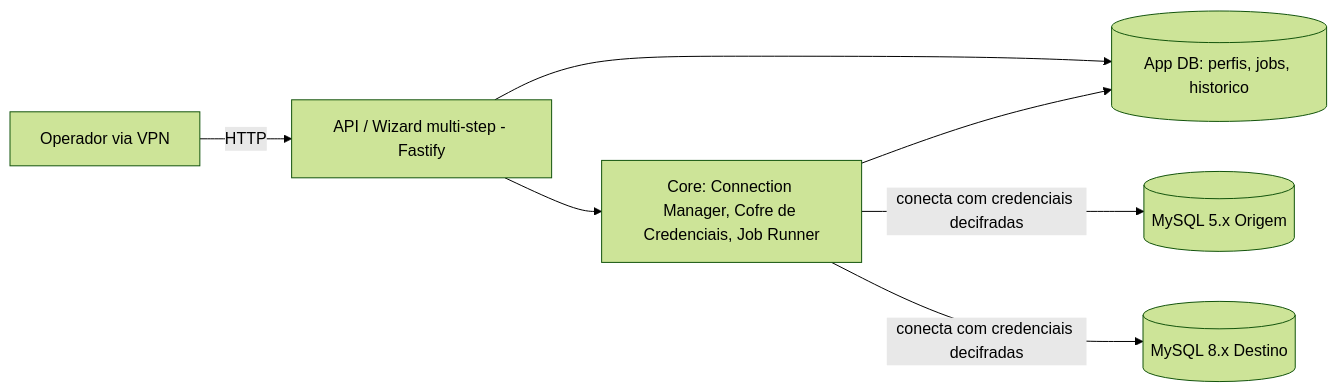
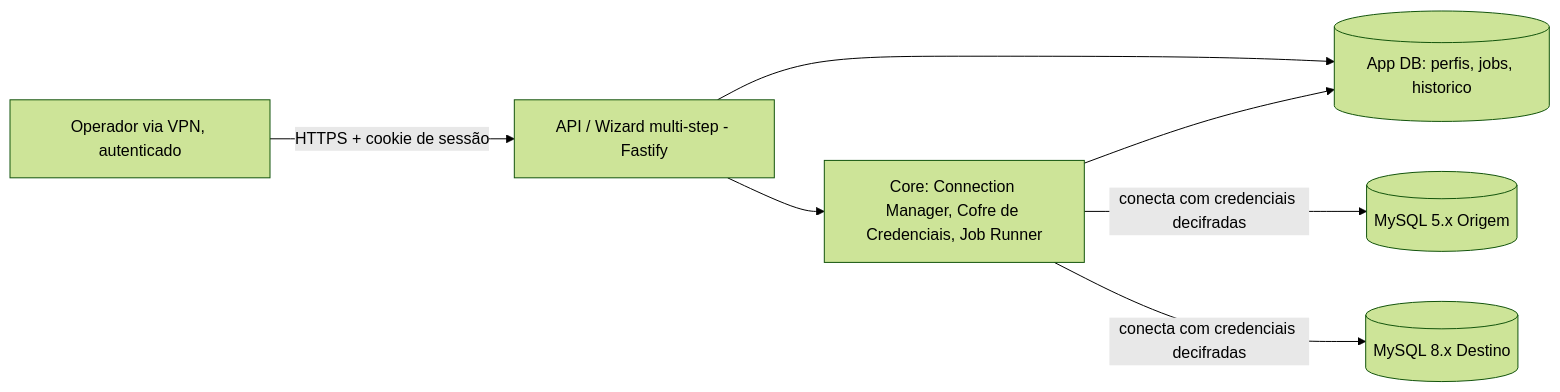
One commit to dsdbagui/migrar_db_mysql changed the diagram in docs/seguranca-e-stack.md. Above: the diagram before and after it, drawn with Mermaid (forest theme). The commit also changed other lines of this file and 67 other files, not shown here.

````diff
--- a/docs/seguranca-e-stack.md
+++ b/docs/seguranca-e-stack.md
@@ -27,9 +29,9 @@
 ```mermaid
 flowchart LR
-    Operador[Operador via VPN] -->|HTTP| API[API / Wizard multi-step - Fastify]
+    Operador[Operador via VPN, autenticado] -->|HTTPS + cookie de sessão| API[API / Wizard multi-step - Fastify]
     API --> Core[Core: Connection Manager, Cofre de Credenciais, Job Runner]
     API --> AppDB[(App DB: perfis, jobs, historico)]
     Core --> AppDB
     Core -->|conecta com credenciais decifradas| Origem[(MySQL 5.x Origem)]
     Core -->|conecta com credenciais decifradas| Destino[(MySQL 8.x Destino)]
 ```
````
